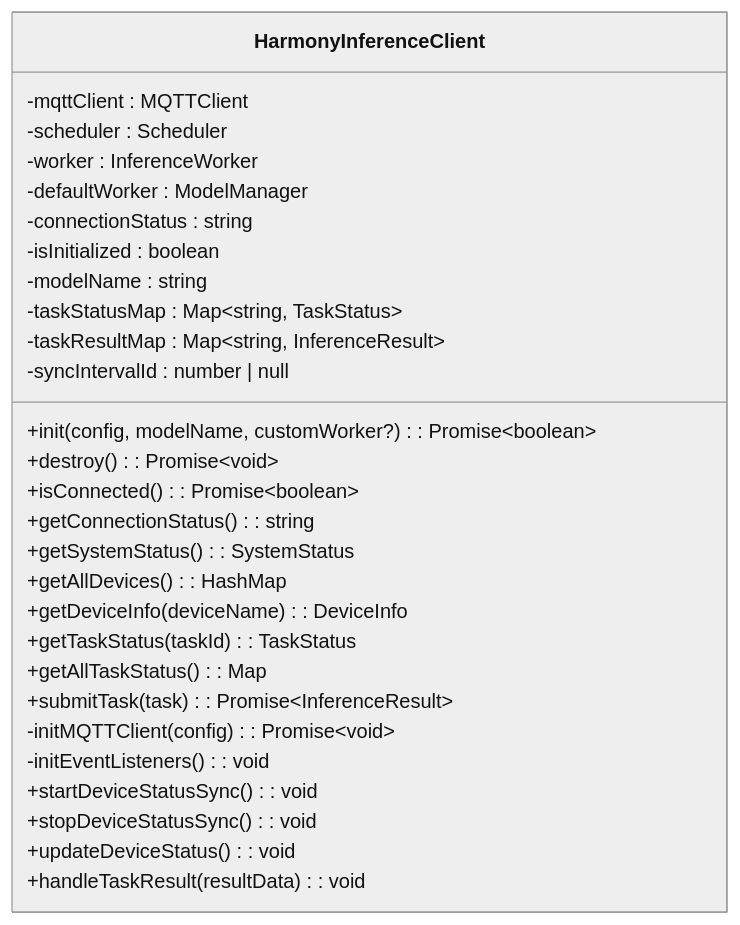
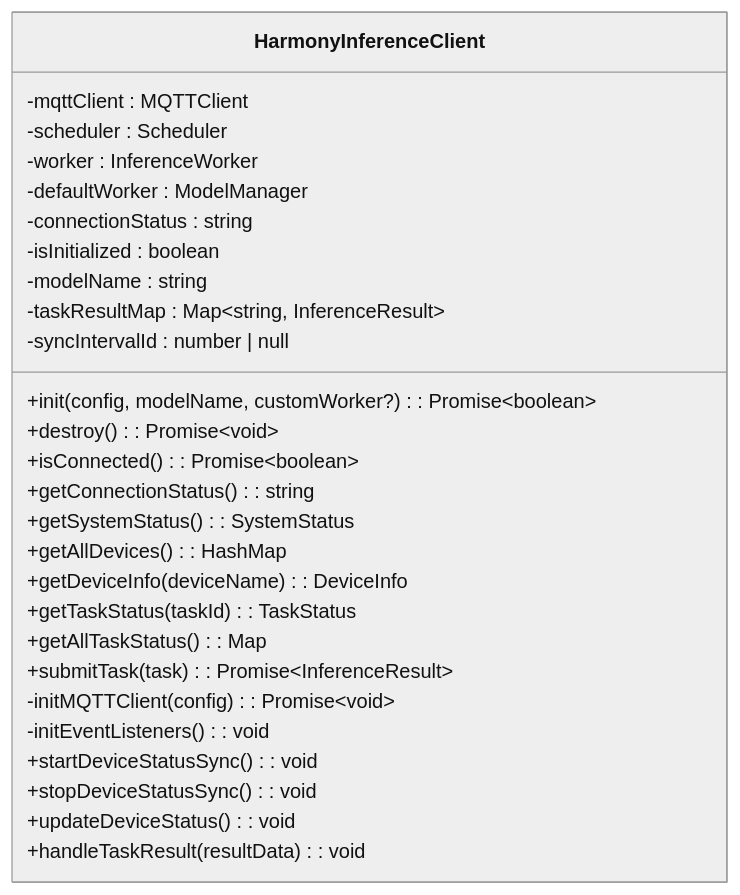
Before and after one commit to huo65/OH-Co3: the third of 9 diagrams in .qoder/repowiki/zh/content/推理核心模块/推理客户端.md, drawn with Mermaid (neutral theme). The commit also changed other lines of this file and 11 other files, not shown here.

````diff
--- a/.qoder/repowiki/zh/content/推理核心模块/推理客户端.md
+++ b/.qoder/repowiki/zh/content/推理核心模块/推理客户端.md
@@ -188,31 +191,30 @@
 ```mermaid
 classDiagram
 class HarmonyInferenceClient {
 -mqttClient : MQTTClient
 -scheduler : Scheduler
 -worker : InferenceWorker
 -defaultWorker : ModelManager
 -connectionStatus : string
 -isInitialized : boolean
 -modelName : string
--taskStatusMap : Map~string, TaskStatus~
 -taskResultMap : Map~string, InferenceResult~
 -syncIntervalId : number | null
 +init(config, modelName, customWorker?) : Promise~boolean~
 +destroy() : Promise~void~
 +isConnected() : Promise~boolean~
 +getConnectionStatus() : string
 +getSystemStatus() : SystemStatus
 +getAllDevices() : HashMap
 +getDeviceInfo(deviceName) : DeviceInfo
 +getTaskStatus(taskId) : TaskStatus
 +getAllTaskStatus() : Map
 +submitTask(task) : Promise~InferenceResult~
 -initMQTTClient(config) : Promise~void~
 -initEventListeners() : void
 +startDeviceStatusSync() : void
 +stopDeviceStatusSync() : void
 +updateDeviceStatus() : void
 +handleTaskResult(resultData) : void
 }
 ```
````
